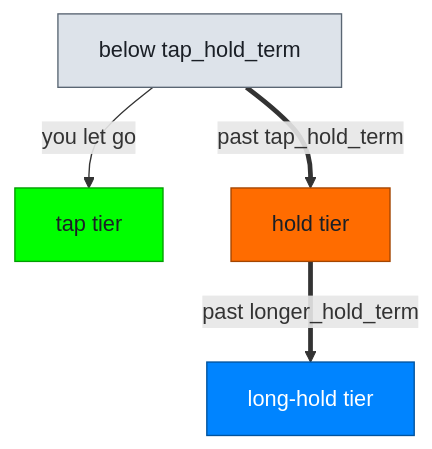
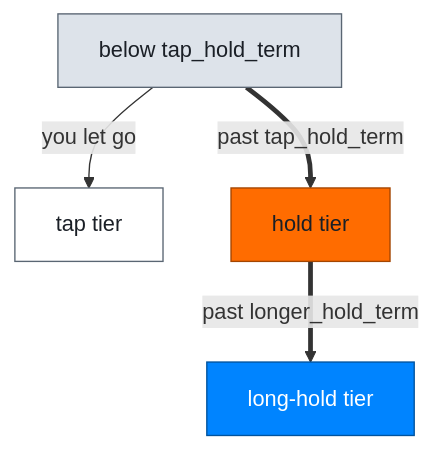
One commit to NoahCLR/charybdis-4x6 changed the fourth of 5 diagrams in docs/rgbflow.md. Above: the diagram before and after it, drawn with Mermaid. The commit also changed other lines of this file and 9 other files, not shown here.

````diff
--- a/docs/rgbflow.md
+++ b/docs/rgbflow.md
@@ -166,12 +166,12 @@
 ```mermaid
 flowchart TD
     BELOW["below tap_hold_term"]
     BELOW -->|"you let go"| TT["tap tier"]
     BELOW ==>|"past tap_hold_term"| HT["hold tier"]
     HT ==>|"past longer_hold_term"| LT["long-hold tier"]
 
     style BELOW fill:#DDE3EA,stroke:#5A6673,color:#1A1F26
-    style TT fill:#00FF00,stroke:#009E00,color:#1A1F26
+    style TT fill:#FFFFFF,stroke:#5A6673,color:#1A1F26
     style HT fill:#FF6C00,stroke:#A34500,color:#1A1F26
     style LT fill:#0084FF,stroke:#00539E,color:#FFFFFF
 ```
````
